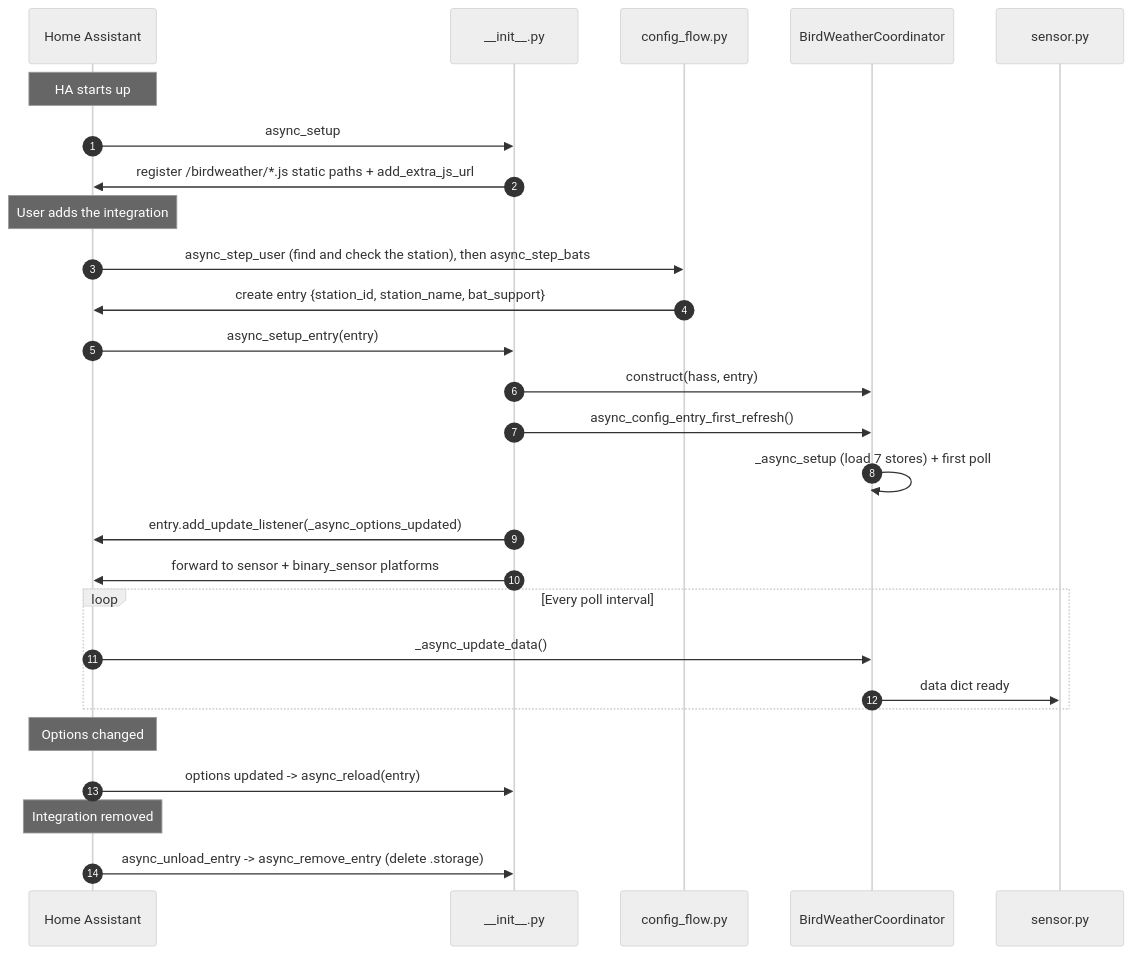
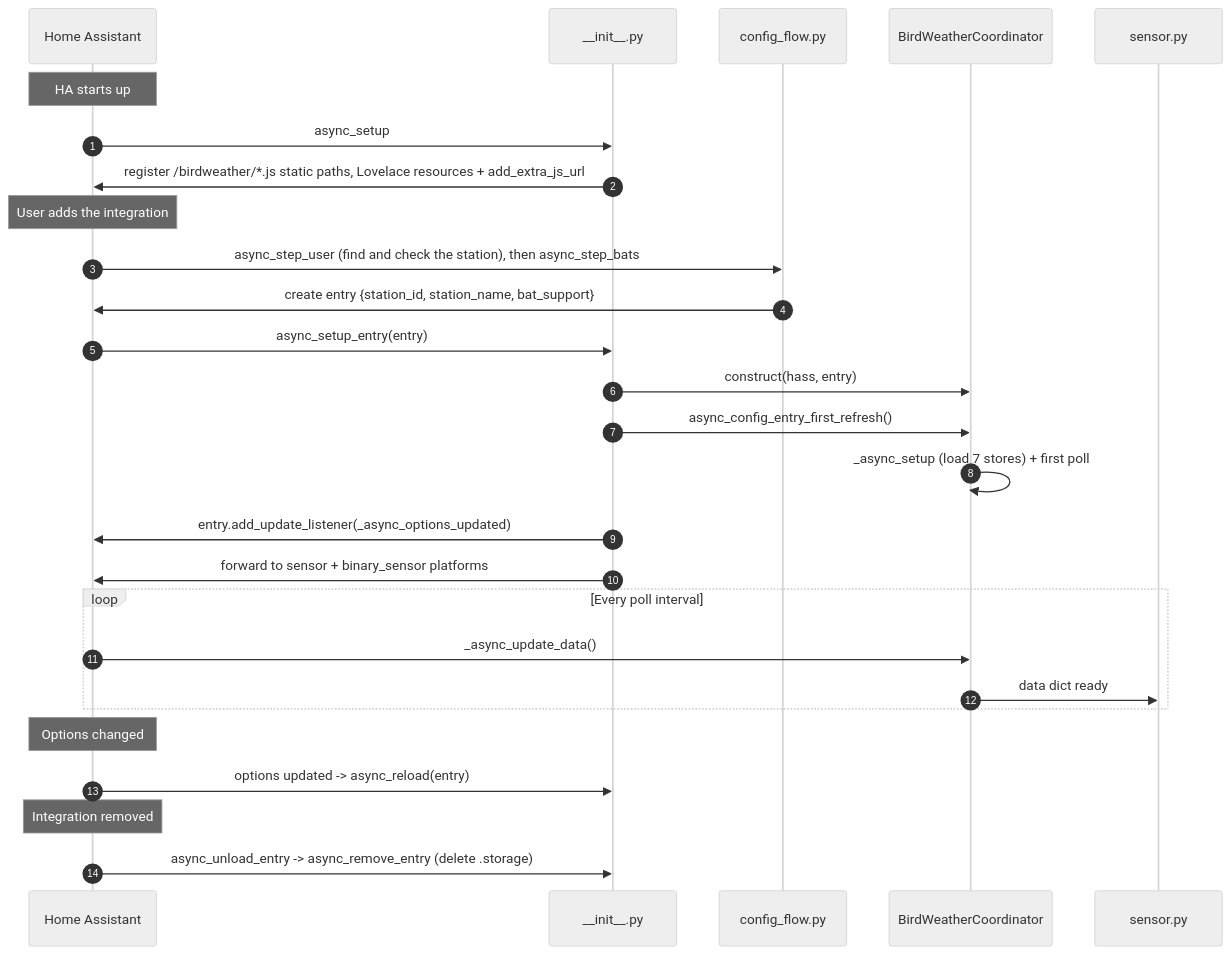
Before and after one commit to eklundjon/ha-birdweather: the second of 2 diagrams in docs/architecture.md, drawn with Mermaid (neutral theme). The commit also changed other lines of this file and 9 other files, not shown here.

First line of the commit message:
Add the cards as Lovelace resources so startup-loaded pages get them

````diff
--- a/docs/architecture.md
+++ b/docs/architecture.md
@@ -133,35 +134,35 @@
 ```mermaid
 sequenceDiagram
     autonumber
     participant HA as Home Assistant
     participant Init as __init__.py
     participant CF as config_flow.py
     participant Coord as BirdWeatherCoordinator
     participant Sensor as sensor.py
 
     Note over HA: HA starts up
     HA->>Init: async_setup
-    Init->>HA: register /birdweather/*.js static paths + add_extra_js_url
+    Init->>HA: register /birdweather/*.js static paths, Lovelace resources + add_extra_js_url
 
     Note over HA: User adds the integration
     HA->>CF: async_step_user (find and check the station), then async_step_bats
     CF->>HA: create entry {station_id, station_name, bat_support}
 
     HA->>Init: async_setup_entry(entry)
     Init->>Coord: construct(hass, entry)  # poll interval from options
     Init->>Coord: async_config_entry_first_refresh()
     Coord->>Coord: _async_setup (load 7 stores) + first poll
     Init->>HA: entry.add_update_listener(_async_options_updated)
     Init->>HA: forward to sensor + binary_sensor platforms
 
     loop Every poll interval
         HA->>Coord: _async_update_data()
         Coord->>Sensor: data dict ready
     end
 
     Note over HA: Options changed
     HA->>Init: options updated -> async_reload(entry)
 
     Note over HA: Integration removed
     HA->>Init: async_unload_entry -> async_remove_entry (delete .storage)
 ```
````
